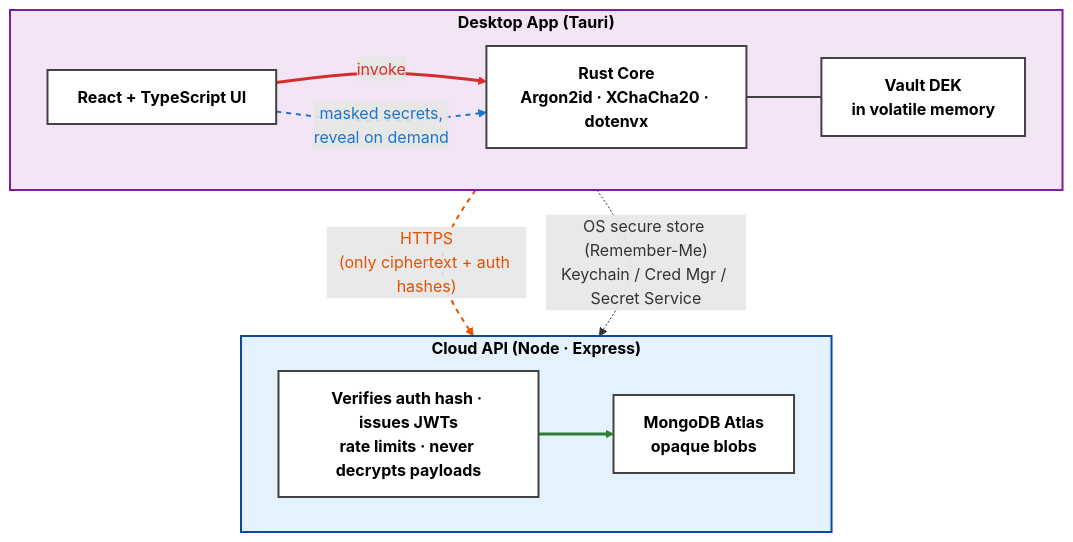
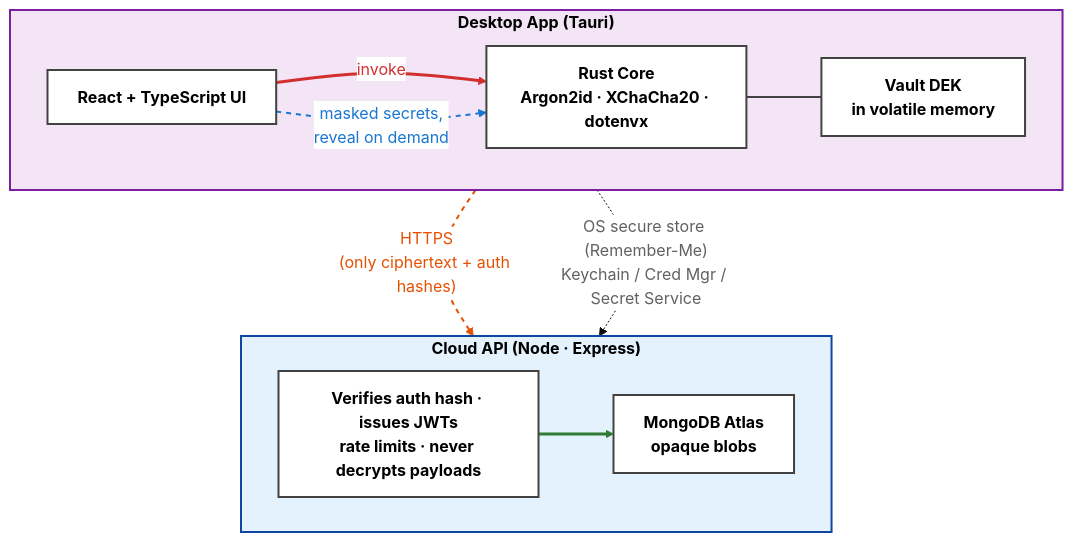
The first of 2 diagrams in README.md (yousuf-git/cloak), drawn with Mermaid before and after one commit.

Commit message:
docs: update README with improved mermaid diagram styling for desktop app architecture

````diff
--- a/README.md
+++ b/README.md
@@ -58,35 +58,44 @@
 ```mermaid
+%%{init: {
+  'theme': 'base',
+  'themeVariables': {
+    'edgeLabelBackground':'#ffffff',
+    'tertiaryTextColor': '#616161',
+    'primaryTextColor': '#616161'
+  }
+}}%%
+
 flowchart TB
     subgraph Desktop["Desktop App (Tauri)"]
         UI["React + TypeScript UI"]
         Rust["Rust Core<br/>Argon2id · XChaCha20 · dotenvx"]
         Memory["Vault DEK<br/>in volatile memory"]
-
+        
         UI -->|"invoke"| Rust
         UI -.->|"masked secrets,<br/>reveal on demand"| Rust
         Rust --- Memory
     end
 
     subgraph Cloud["Cloud API (Node · Express)"]
         API["Verifies auth hash · issues JWTs<br/>rate limits · never decrypts payloads"]
         MongoDB["MongoDB Atlas<br/>opaque blobs"]
         API --> MongoDB
     end
 
     Desktop -->|"HTTPS<br/>(only ciphertext + auth hashes)"| Cloud
     Desktop -.->|"OS secure store (Remember-Me)<br/>Keychain / Cred Mgr / Secret Service"| Cloud
 
     classDef desktop fill:#f3e5f5,stroke:#7b1fa2,stroke-width:2px,color:#000000,font-weight:bold
     classDef cloud fill:#e3f2fd,stroke:#0d47a1,stroke-width:2px,color:#000000,font-weight:bold
     classDef component fill:#ffffff,stroke:#424242,stroke-width:2px,color:#000000,font-weight:bold
-
+    
     linkStyle 0 stroke:#d32f2f,stroke-width:3px,color:#d32f2f
     linkStyle 1 stroke:#1976d2,stroke-width:2px,stroke-dasharray:5,color:#1976d2
     linkStyle 2 stroke:#424242,stroke-width:2px,color:#424242
     linkStyle 3 stroke:#2e7d32,stroke-width:3px,color:#2e7d32
     linkStyle 4 stroke:#e65100,stroke-width:2px,stroke-dasharray:5,color:#e65100
 
     class Desktop desktop
     class Cloud cloud
     class UI,Rust,Memory,API,MongoDB component
 ```
````
